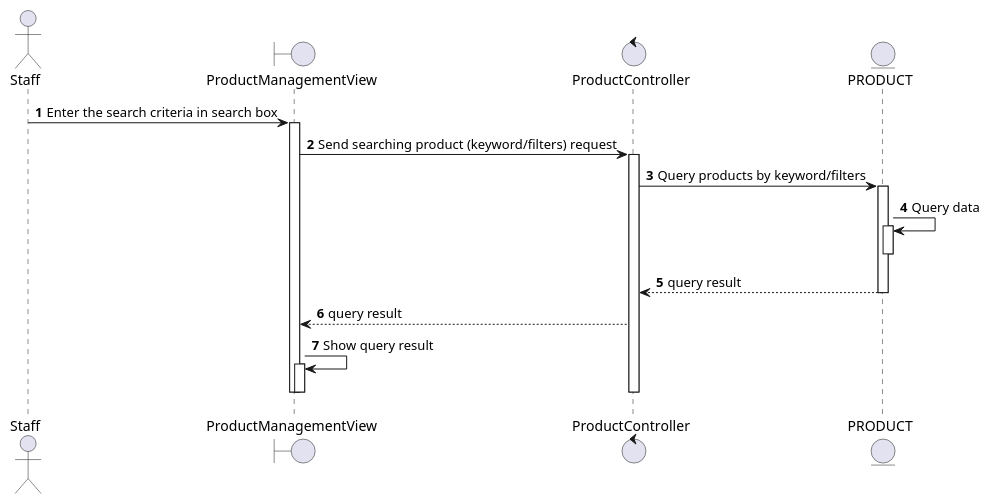
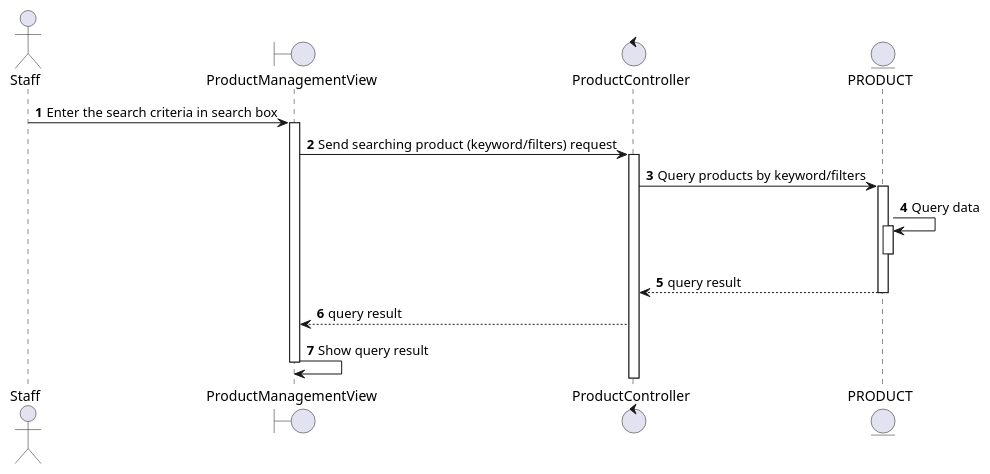
The diagram in docs/docs/sequence/manage-product/search-product.md (electricilies/electricilies.github.io), drawn with PlantUML before and after one commit. The commit also changed 2 other files, not shown here.

Commit message:
feat(product): enhance product information validation workflow

````diff
--- a/docs/docs/sequence/manage-product/search-product.md
+++ b/docs/docs/sequence/manage-product/search-product.md
@@ -3,29 +3,26 @@
 ```plantuml
 @startuml
 autonumber
 
 actor Staff as S
 boundary ProductManagementView as PMV
 control ProductController as PC
 entity PRODUCT as P
 
 S -> PMV: Enter the search criteria in search box
 activate PMV
 PMV -> PC: Send searching product (keyword/filters) request
 activate PC
 PC -> P: Query products by keyword/filters
 activate P
 P -> P: Query data
 activate P
 deactivate P
 PC <-- P: query result
 deactivate P
 PMV <-- PC: query result
 PMV -> PMV: Show query result
-activate PMV
-deactivate PMV
-deactivate PC
 deactivate PMV
 
 @enduml
 ```
````
